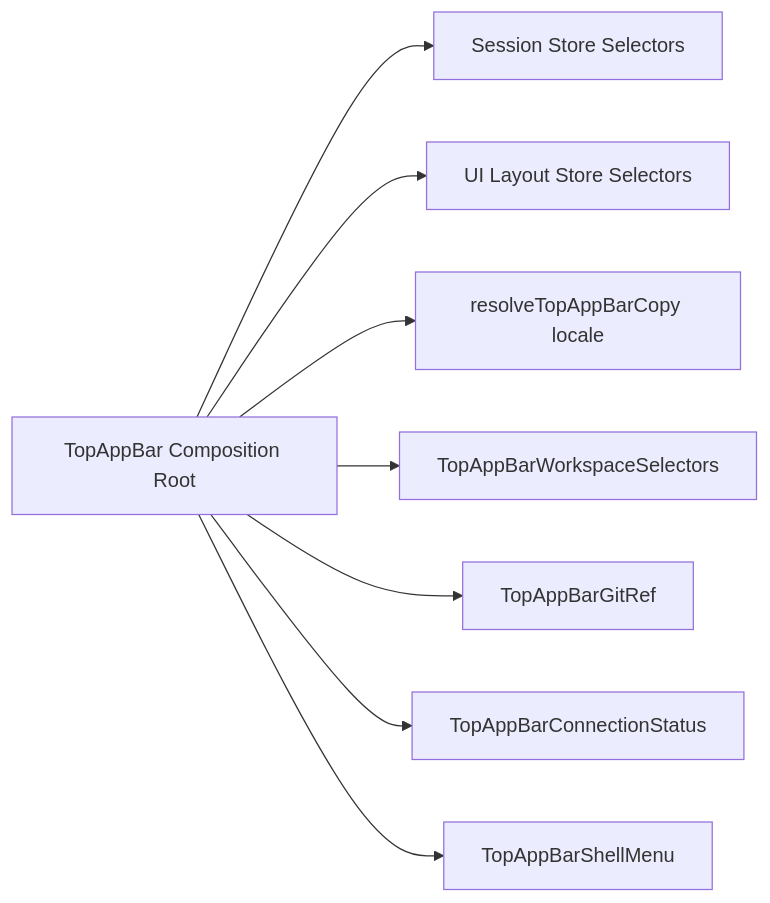
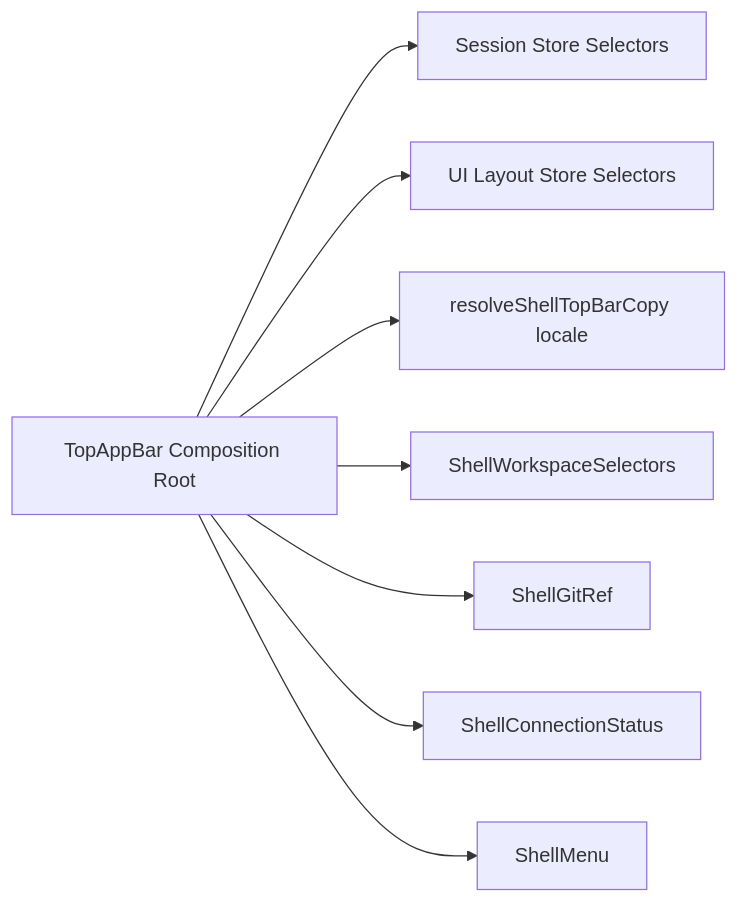
One commit to dunay2/dvt changed the diagram in docs/architecture/components/web/top-app-bar-component-technical-manual-20260404.md. Above: the diagram before and after it, drawn with Mermaid. The commit also changed other lines of this file and 8 other files, not shown here.

Commit message:
refactor(web): Move shell top bar contract ownership

````diff
--- a/docs/architecture/components/web/top-app-bar-component-technical-manual-20260404.md
+++ b/docs/architecture/components/web/top-app-bar-component-technical-manual-20260404.md
@@ -33,10 +33,10 @@
 ```mermaid
 flowchart LR
   A[TopAppBar Composition Root] --> B[Session Store Selectors]
   A --> C[UI Layout Store Selectors]
-  A --> D[resolveTopAppBarCopy locale]
-  A --> E[TopAppBarWorkspaceSelectors]
-  A --> F[TopAppBarGitRef]
-  A --> G[TopAppBarConnectionStatus]
-  A --> H[TopAppBarShellMenu]
+  A --> D[resolveShellTopBarCopy locale]
+  A --> E[ShellWorkspaceSelectors]
+  A --> F[ShellGitRef]
+  A --> G[ShellConnectionStatus]
+  A --> H[ShellMenu]
 ```
````
